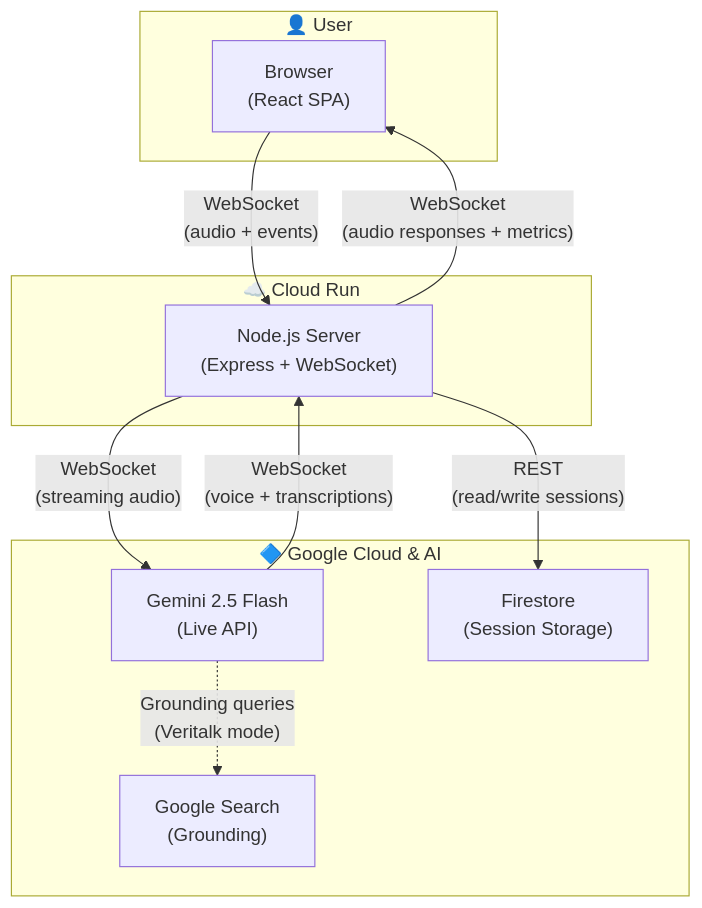
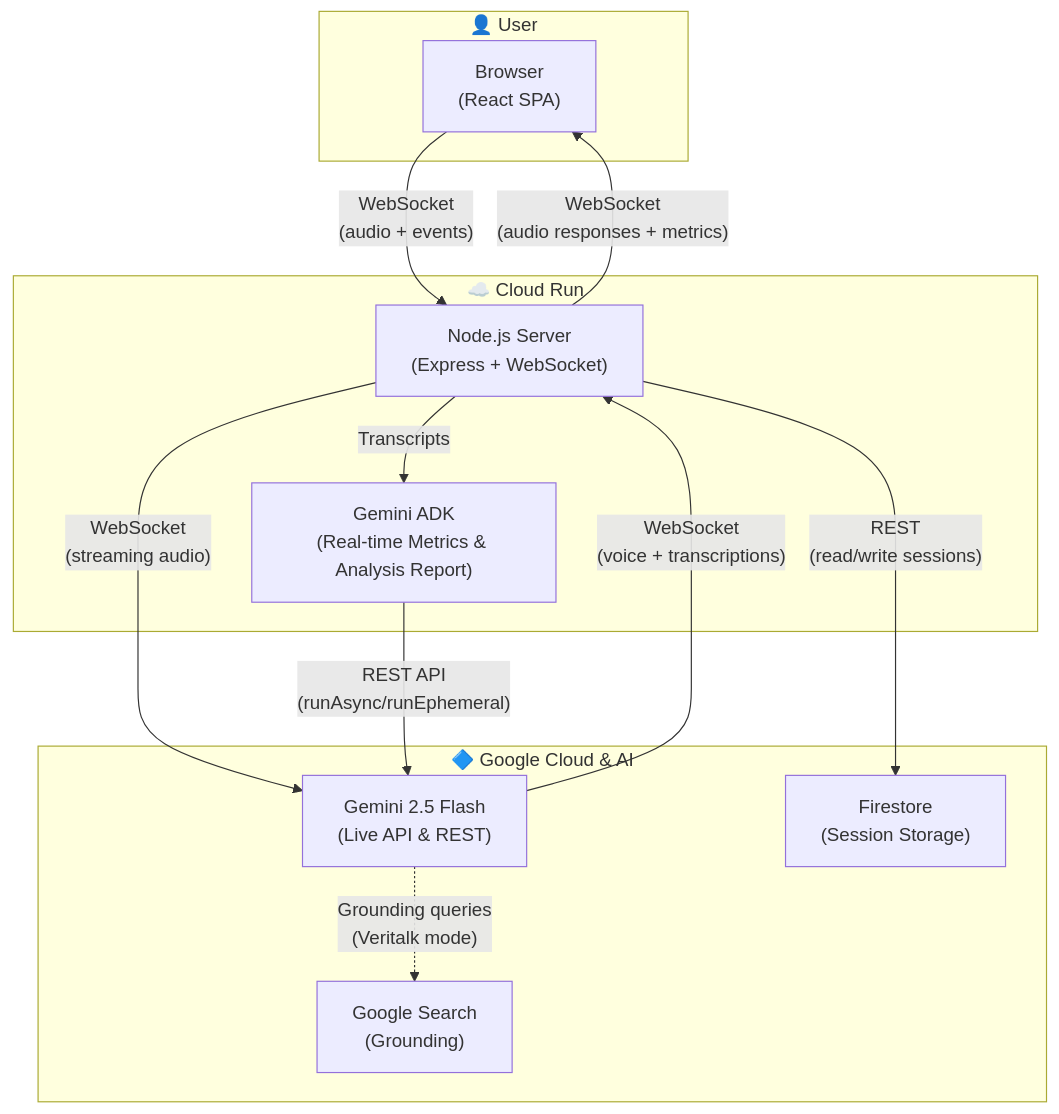
Before and after one commit to ilyaev/debate-pro: the diagram in README.md, drawn with Mermaid.

Commit message:
feat: Add Gemini ADK to the architecture diagram and update Gemini API description to include REST.

````diff
--- a/README.md
+++ b/README.md
@@ -62,23 +62,26 @@
 ```mermaid
 graph TB
     subgraph User["👤 User"]
         Browser["Browser<br/>(React SPA)"]
     end
 
     subgraph Backend["☁️ Cloud Run"]
         Server["Node.js Server<br/>(Express + WebSocket)"]
+        ADK["Gemini ADK<br/>(Real-time Metrics & Analysis Report)"]
     end
 
     subgraph Google["🔷 Google Cloud & AI"]
-        Gemini["Gemini 2.5 Flash<br/>(Live API)"]
+        Gemini["Gemini 2.5 Flash<br/>(Live API & REST)"]
         Firestore["Firestore<br/>(Session Storage)"]
         Search["Google Search<br/>(Grounding)"]
     end
 
     Browser -- "WebSocket<br/>(audio + events)" --> Server
     Server -- "WebSocket<br/>(audio responses + metrics)" --> Browser
     Server -- "WebSocket<br/>(streaming audio)" --> Gemini
     Gemini -- "WebSocket<br/>(voice + transcriptions)" --> Server
+    Server -- "Transcripts" --> ADK
+    ADK -- "REST API<br/>(runAsync/runEphemeral)" --> Gemini
     Server -- "REST<br/>(read/write sessions)" --> Firestore
     Gemini -. "Grounding queries<br/>(Veritalk mode)" .-> Search
 ```
````
